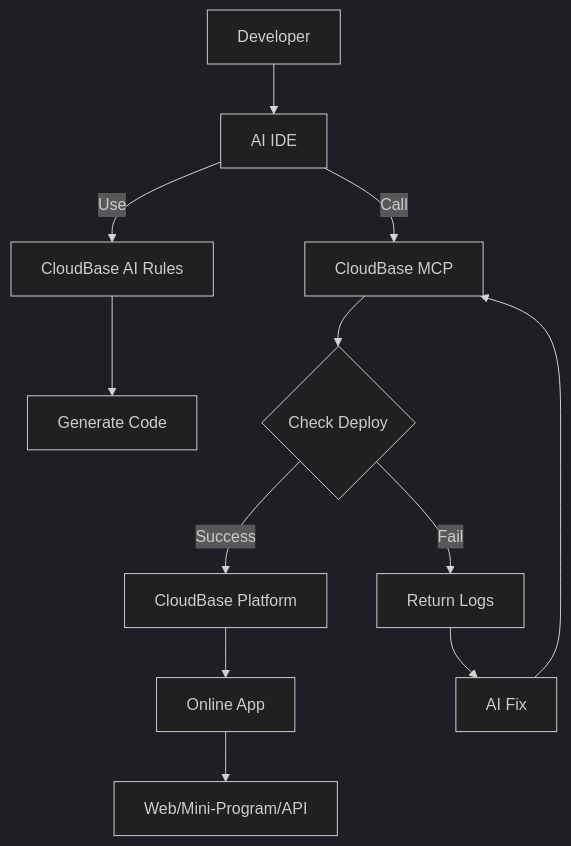
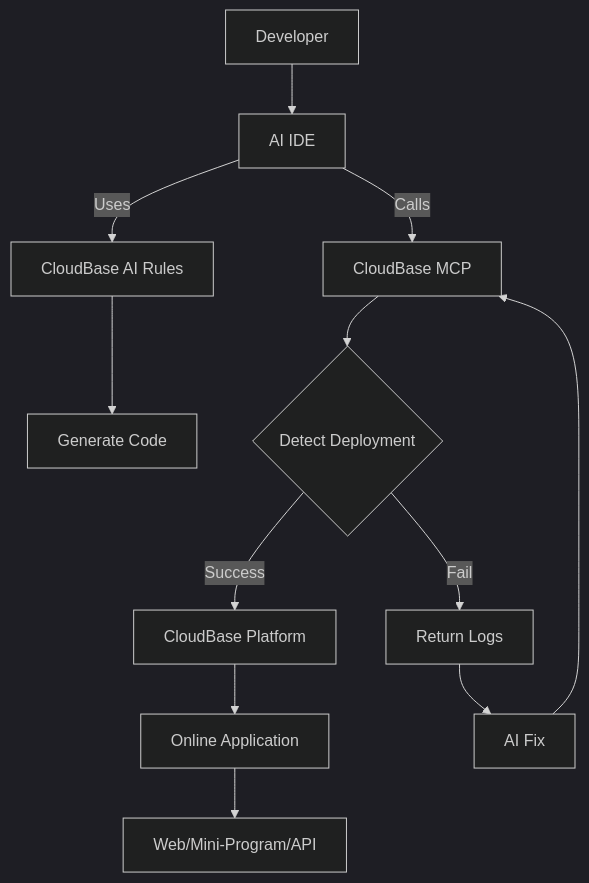
The diagram in README-EN.md (TencentCloudBase/CloudBase-AI-ToolKit), drawn with Mermaid (dark theme) before and after one commit. The commit also changed other lines of this file and 3 other files, not shown here.

````diff
--- a/README-EN.md
+++ b/README-EN.md
@@ -546,14 +703,14 @@
 ```mermaid
 graph TD
     A[Developer] --> B[AI IDE]
-    B -->|Use| C[CloudBase AI Rules]
+    B -->|Uses| C[CloudBase AI Rules]
     C --> D[Generate Code]
-    B -->|Call| E[CloudBase MCP]
-    E --> F{Check Deploy}
+    B -->|Calls| E[CloudBase MCP]
+    E --> F{Detect Deployment}
     F -->|Success| G[CloudBase Platform]
     F -->|Fail| H[Return Logs]
     H --> I[AI Fix]
     I --> E
-    G --> J[Online App]
+    G --> J[Online Application]
     J --> K[Web/Mini-Program/API]
 ```
````
